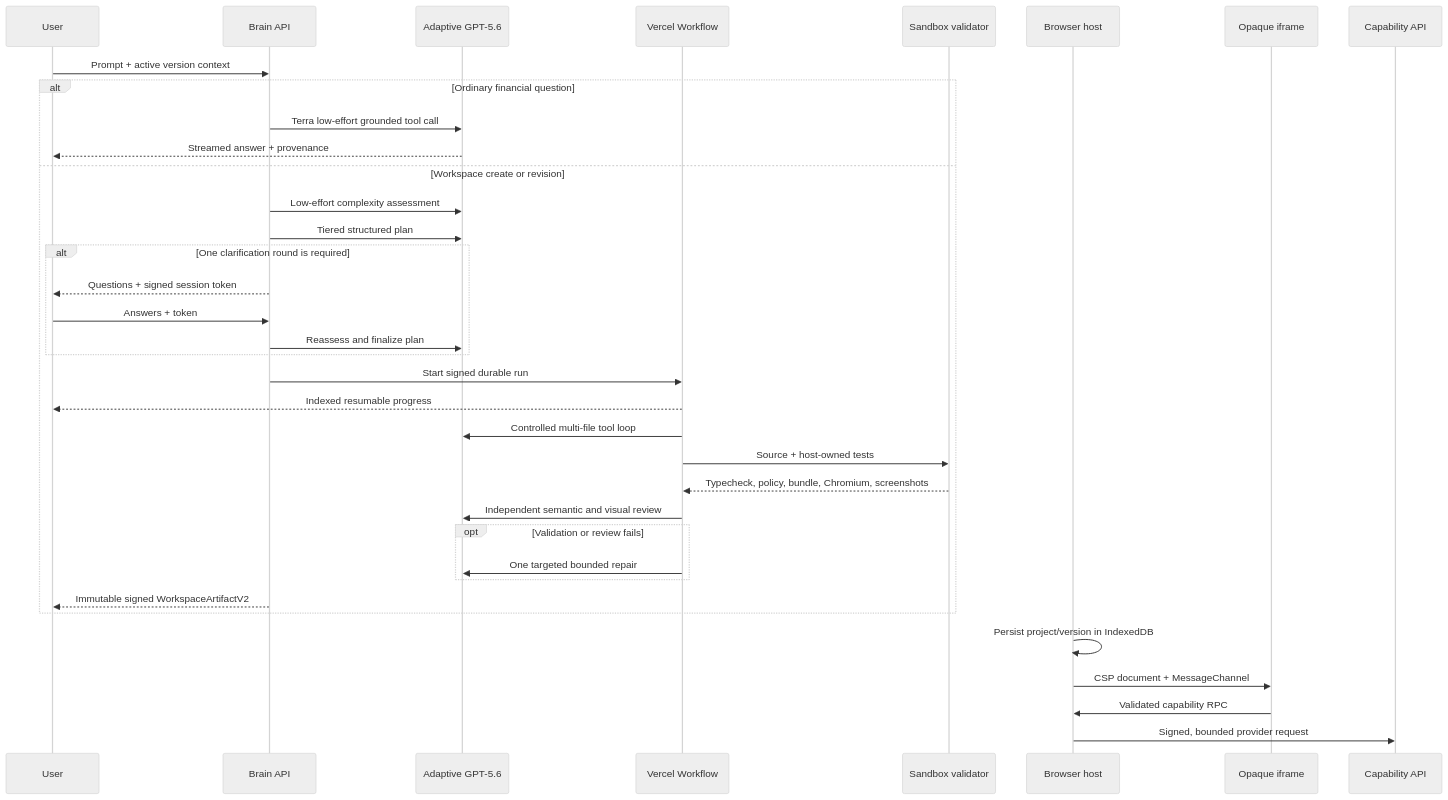
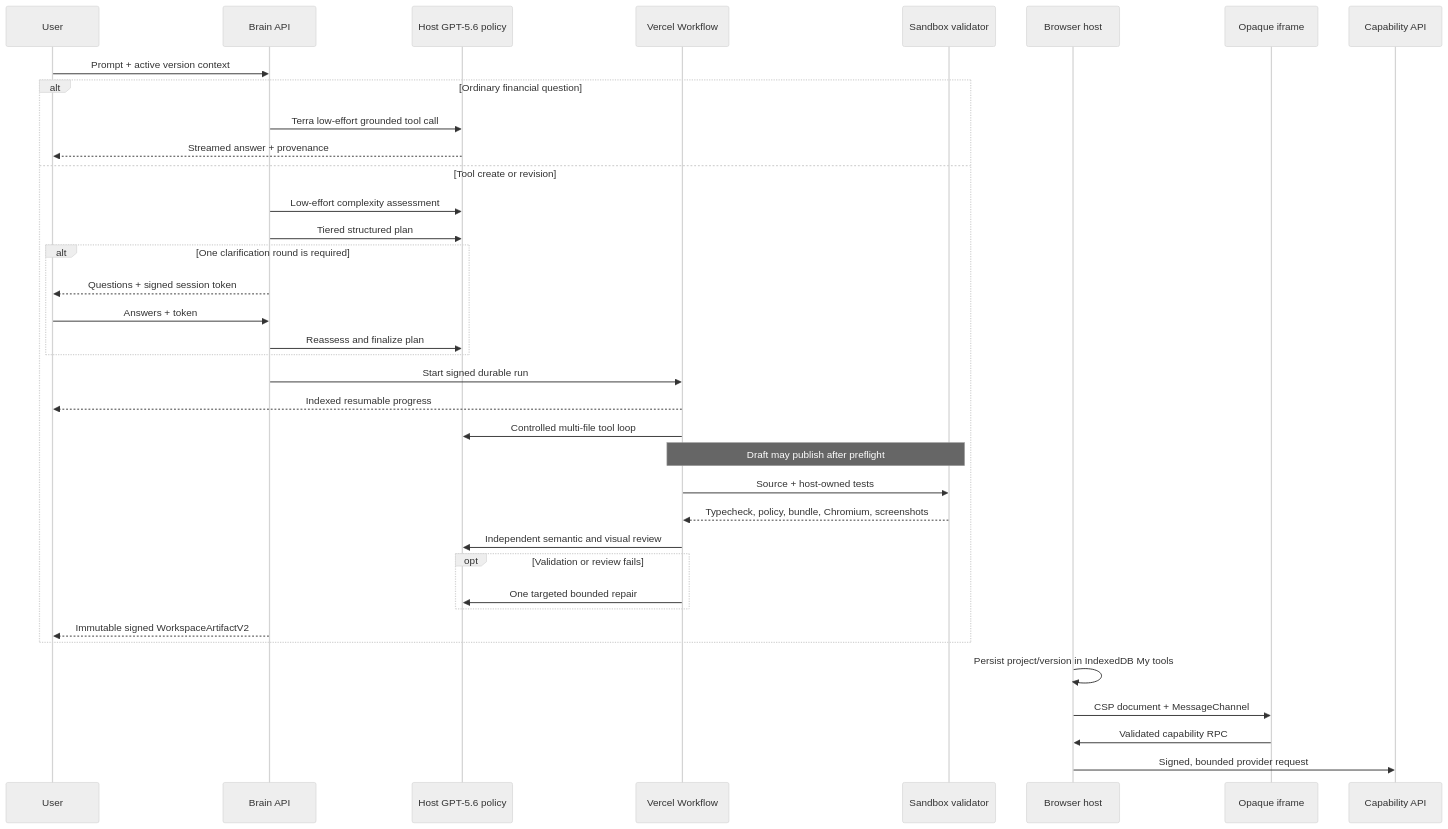
The diagram in docs/ARCHITECTURE.md (singhsuryansh12/findex), drawn with Mermaid (neutral theme) before and after one commit. The commit also changed other lines of this file and 7 other files, not shown here.

````diff
--- a/docs/ARCHITECTURE.md
+++ b/docs/ARCHITECTURE.md
@@ -26,39 +34,40 @@
 ```mermaid
 sequenceDiagram
     participant U as User
     participant B as Brain API
-    participant S as Adaptive GPT-5.6
+    participant S as Host GPT-5.6 policy
     participant W as Vercel Workflow
     participant X as Sandbox validator
     participant H as Browser host
     participant I as Opaque iframe
     participant C as Capability API
 
     U->>B: Prompt + active version context
     alt Ordinary financial question
         B->>S: Terra low-effort grounded tool call
         S-->>U: Streamed answer + provenance
-    else Workspace create or revision
+    else Tool create or revision
     B->>S: Low-effort complexity assessment
     B->>S: Tiered structured plan
     alt One clarification round is required
         B-->>U: Questions + signed session token
         U->>B: Answers + token
         B->>S: Reassess and finalize plan
     end
     B->>W: Start signed durable run
     W-->>U: Indexed resumable progress
     W->>S: Controlled multi-file tool loop
+    Note over W,X: Draft may publish after preflight
     W->>X: Source + host-owned tests
     X-->>W: Typecheck, policy, bundle, Chromium, screenshots
     W->>S: Independent semantic and visual review
     opt Validation or review fails
         W->>S: One targeted bounded repair
     end
     B-->>U: Immutable signed WorkspaceArtifactV2
     end
-    H->>H: Persist project/version in IndexedDB
+    H->>H: Persist project/version in IndexedDB My tools
     H->>I: CSP document + MessageChannel
     I->>H: Validated capability RPC
     H->>C: Signed, bounded provider request
 ```
````
